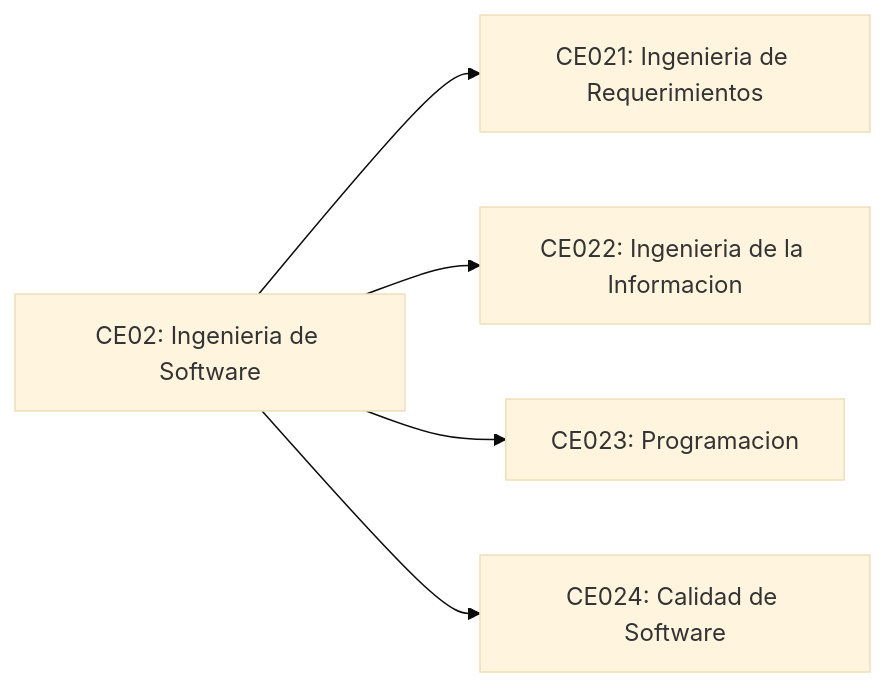
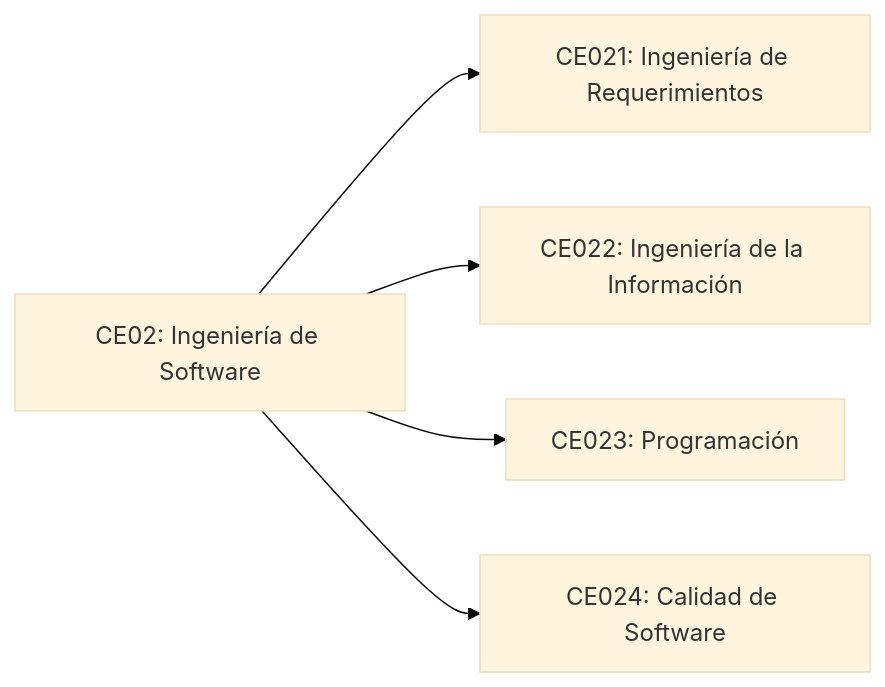
One commit to upeuoficial/planb changed the diagram in docs/lineas/software/index.md. Above: the diagram before and after it, drawn with Mermaid (base theme). The commit also changed other lines of this file and 16 other files, not shown here.

````diff
--- a/docs/lineas/software/index.md
+++ b/docs/lineas/software/index.md
@@ -256,7 +256,7 @@
 ```mermaid
 flowchart LR
-  CE02[CE02: Ingenieria de Software] --> CE021[CE021: Ingenieria de Requerimientos]
-  CE02 --> CE022[CE022: Ingenieria de la Informacion]
-  CE02 --> CE023[CE023: Programacion]
+  CE02[CE02: Ingeniería de Software] --> CE021[CE021: Ingeniería de Requerimientos]
+  CE02 --> CE022[CE022: Ingeniería de la Información]
+  CE02 --> CE023[CE023: Programación]
   CE02 --> CE024[CE024: Calidad de Software]
 ```
````
